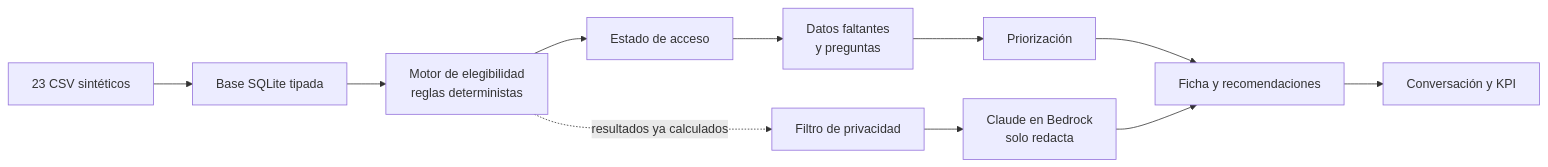
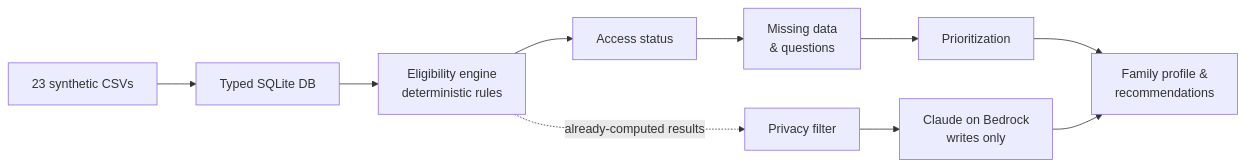
The diagram in README.md (brnrddo/Family-benefits-assistant-FundacionIntegra), drawn with Mermaid before and after one commit. The commit also changed other lines of this file and 3 other files, not shown here.

````diff
--- a/README.md
+++ b/README.md
@@ -28,13 +36,12 @@
 ```mermaid
 flowchart LR
-    A[23 CSV sintéticos] --> B[Base SQLite tipada]
-    B --> C[Motor de elegibilidad<br/>reglas deterministas]
-    C --> D[Estado de acceso]
-    D --> E[Datos faltantes<br/>y preguntas]
-    E --> F[Priorización]
-    F --> G[Ficha y recomendaciones]
-    C -.resultados ya calculados.-> H[Filtro de privacidad]
-    H --> I[Claude en Bedrock<br/>solo redacta]
+    A[23 synthetic CSVs] --> B[Typed SQLite DB]
+    B --> C[Eligibility engine<br/>deterministic rules]
+    C --> D[Access status]
+    D --> E[Missing data<br/>& questions]
+    E --> F[Prioritization]
+    F --> G[Family profile &<br/>recommendations]
+    C -. already-computed results .-> H[Privacy filter]
+    H --> I[Claude on Bedrock<br/>writes only]
     I --> G
-    G --> J[Conversación y KPI]
 ```
````
